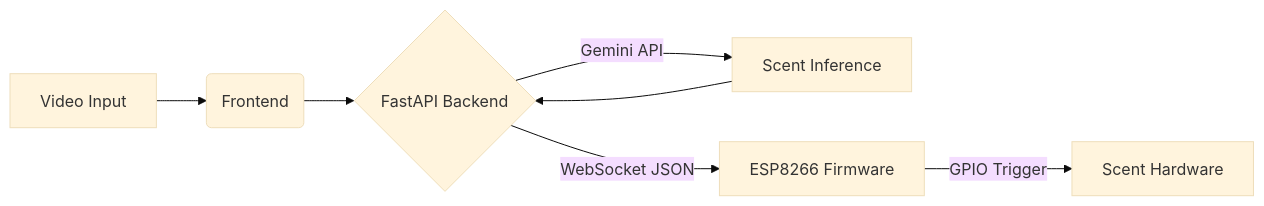
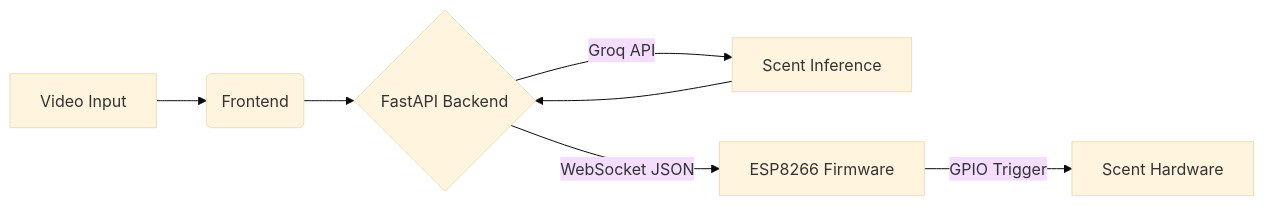
Before and after one commit to maximbenea/the-moldsef-esp-code: the diagram in README.md, drawn with Mermaid (base theme).

````diff
--- a/README.md
+++ b/README.md
@@ -15,9 +15,9 @@
 ```mermaid
 graph LR
     A[Video Input] --> B(Frontend)
     B --> C{FastAPI Backend}
-    C -->|Gemini API| D[Scent Inference]
+    C -->|Groq API| D[Scent Inference]
     D --> C
     C -->|WebSocket JSON| E[ESP8266 Firmware]
     E -->|GPIO Trigger| F[Scent Hardware]
 ```
````
